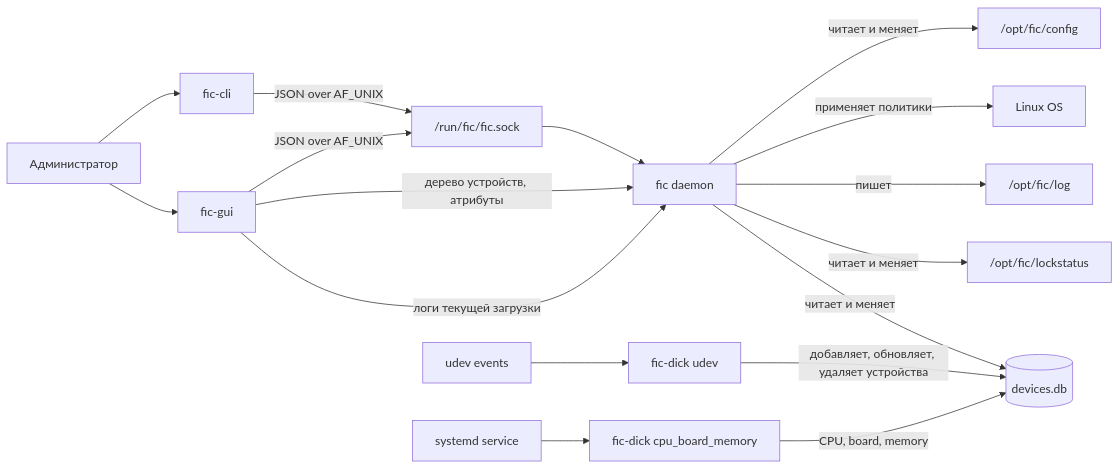
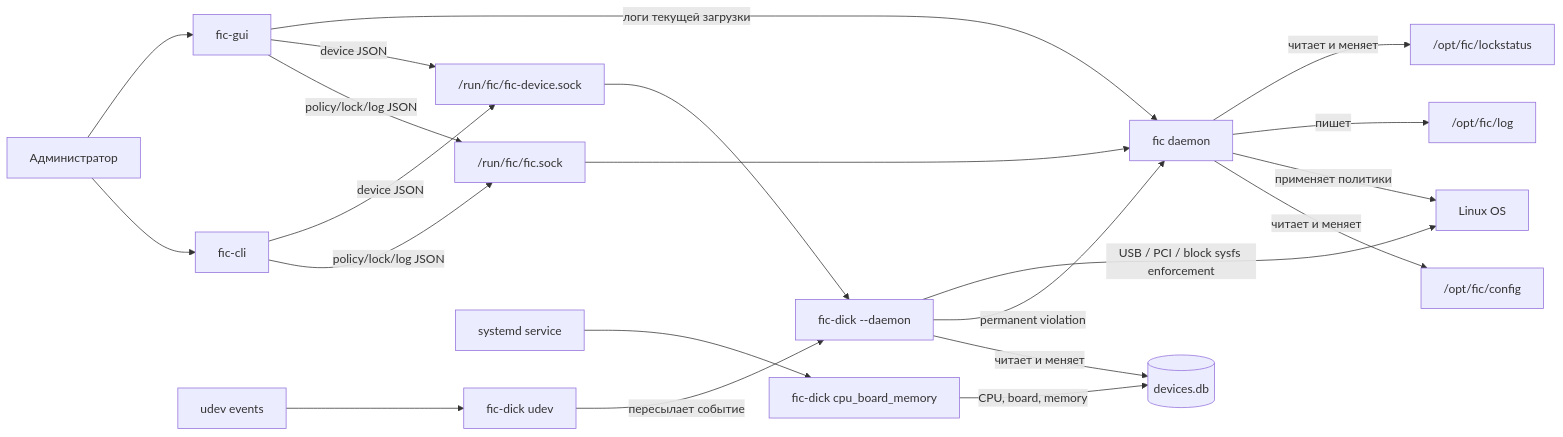
Before and after one commit to RevoltStar/FIC: the first of 11 diagrams in docs/architecture-diagrams.md, drawn with Mermaid. The commit also changed other lines of this file and 38 other files, not shown here.

````diff
--- a/docs/architecture-diagrams.md
+++ b/docs/architecture-diagrams.md
@@ -8,23 +8,28 @@
 ```mermaid
 flowchart LR
     admin[Администратор] --> cli[fic-cli]
     admin --> gui[fic-gui]
 
-    cli -->|JSON over AF_UNIX| sock["/run/fic/fic.sock"]
-    gui -->|JSON over AF_UNIX| sock
+    cli -->|policy/lock/log JSON| sock["/run/fic/fic.sock"]
+    gui -->|policy/lock/log JSON| sock
     sock --> daemon[fic daemon]
+
+    cli -->|device JSON| deviceSock["/run/fic/fic-device.sock"]
+    gui -->|device JSON| deviceSock
+    deviceSock --> deviceDaemon["fic-dick --daemon"]
 
     daemon -->|читает и меняет| config["/opt/fic/config"]
     daemon -->|применяет политики| os[Linux OS]
     daemon -->|пишет| logs["/opt/fic/log"]
     daemon -->|читает и меняет| lockstatus["/opt/fic/lockstatus"]
-    daemon -->|читает и меняет| db[(devices.db)]
+    deviceDaemon -->|читает и меняет| db[(devices.db)]
 
     udev[udev events] --> dickUdev[fic-dick udev]
     systemd[systemd service] --> dickStatic[fic-dick cpu_board_memory]
-    dickUdev -->|добавляет, обновляет, удаляет устройства| db
+    dickUdev -->|пересылает событие| deviceDaemon
     dickStatic -->|CPU, board, memory| db
 
-    gui -->|дерево устройств, атрибуты| daemon
+    deviceDaemon -->|permanent violation| daemon
+    deviceDaemon -->|USB / PCI / block sysfs enforcement| os
     gui -->|логи текущей загрузки| daemon
 ```
````
